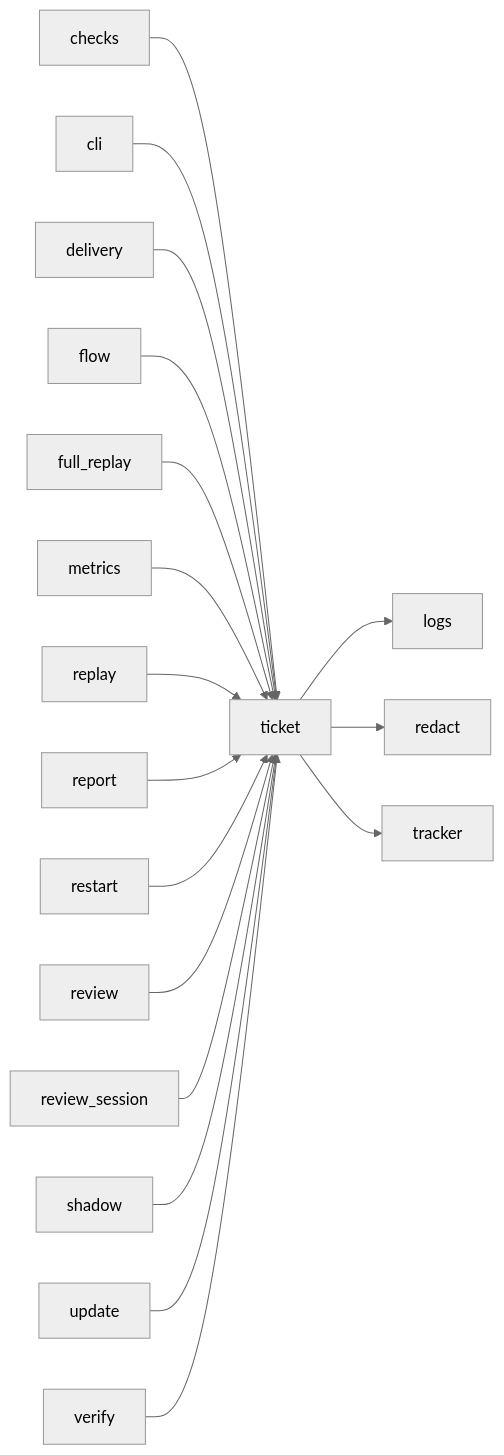
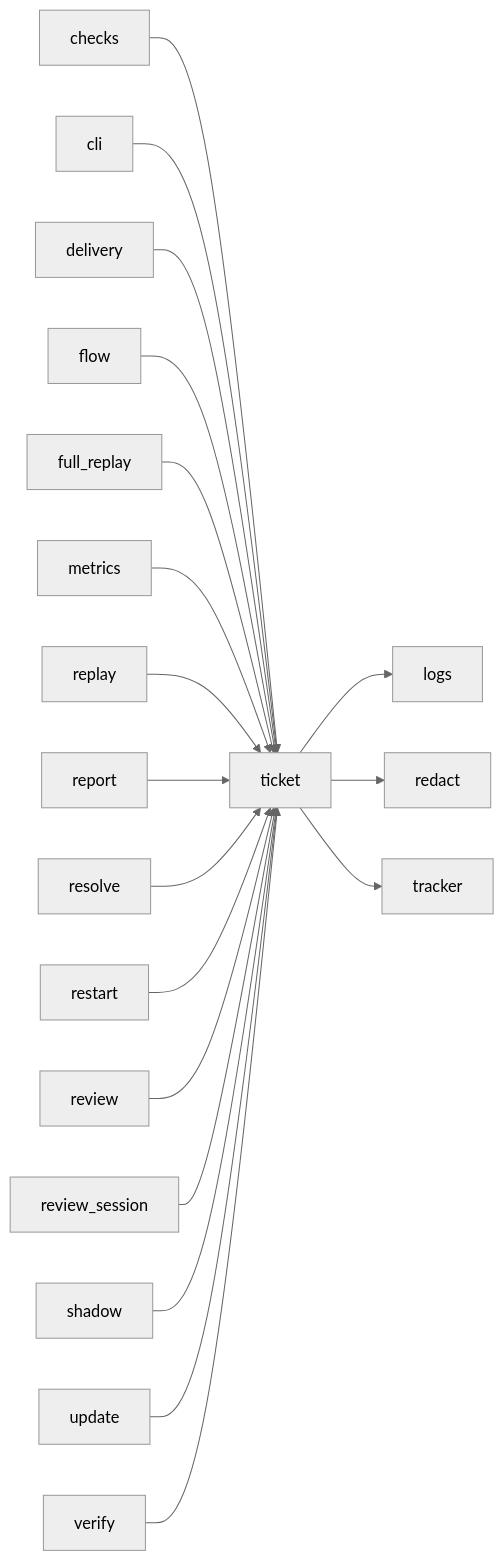
One commit to plaplanche/ariane changed the third of 3 diagrams in docs/architecture/modules/ticket.md. Above: the diagram before and after it, drawn with Mermaid (neutral theme). The commit also changed 22 other files, not shown here.

````diff
--- a/docs/architecture/modules/ticket.md
+++ b/docs/architecture/modules/ticket.md
@@ -95,20 +95,21 @@
 ```mermaid
 flowchart LR
   checks --> ticket
   cli --> ticket
   delivery --> ticket
   flow --> ticket
   full_replay --> ticket
   metrics --> ticket
   replay --> ticket
   report --> ticket
+  resolve --> ticket
   restart --> ticket
   review --> ticket
   review_session --> ticket
   shadow --> ticket
   ticket --> logs
   ticket --> redact
   ticket --> tracker
   update --> ticket
   verify --> ticket
 ```
````
